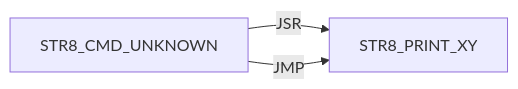
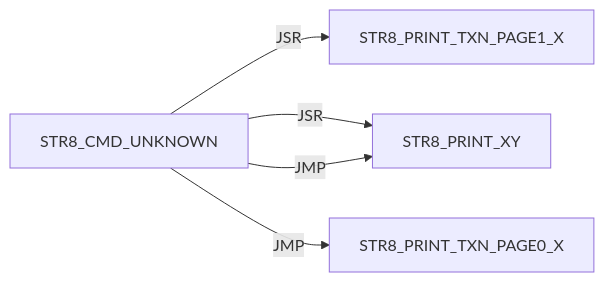
One commit to 95westus/R-YORS changed diagram 41 of 42 in DOC/GUIDES/STR8/STR8_EDGE_DUMP.md. Above: the diagram before and after it, drawn with Mermaid. The commit also changed other lines of this file and 33 other files, not shown here.

````diff
--- a/DOC/GUIDES/STR8/STR8_EDGE_DUMP.md
+++ b/DOC/GUIDES/STR8/STR8_EDGE_DUMP.md
@@ -486,5 +542,7 @@
 ```mermaid
 flowchart LR
-    N0["STR8_CMD_UNKNOWN"] -->|JSR| N1["STR8_PRINT_XY"]
-    N0["STR8_CMD_UNKNOWN"] -->|JMP| N1["STR8_PRINT_XY"]
+    N0["STR8_CMD_UNKNOWN"] -->|JSR| N1["STR8_PRINT_TXN_PAGE1_X"]
+    N0["STR8_CMD_UNKNOWN"] -->|JSR| N2["STR8_PRINT_XY"]
+    N0["STR8_CMD_UNKNOWN"] -->|JMP| N3["STR8_PRINT_TXN_PAGE0_X"]
+    N0["STR8_CMD_UNKNOWN"] -->|JMP| N2["STR8_PRINT_XY"]
 ```
````
